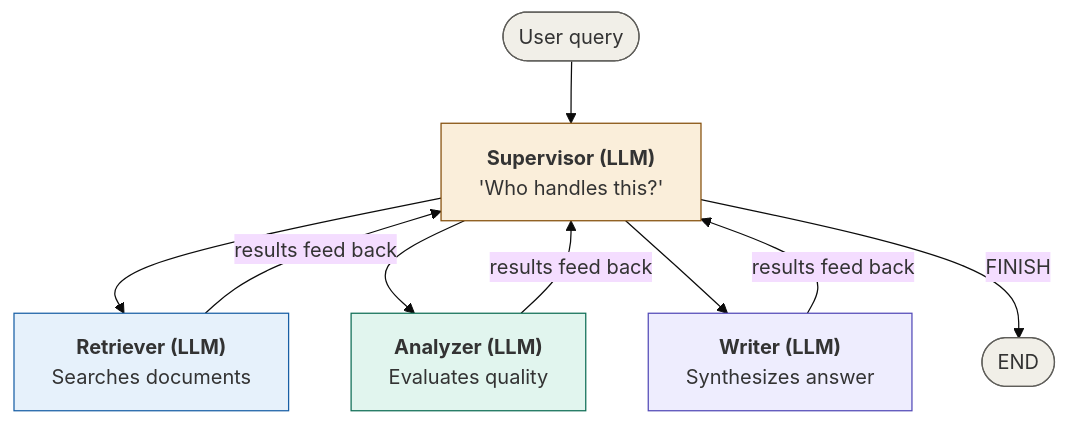
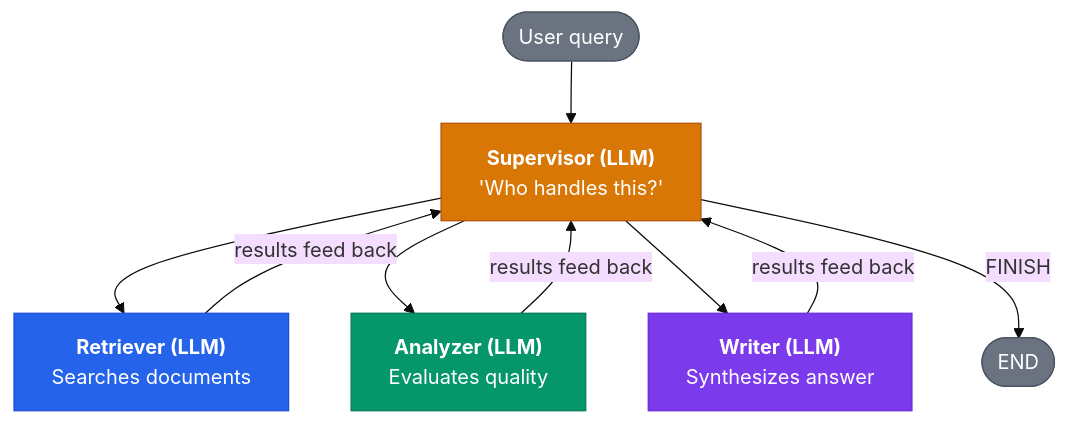
Before and after one commit to Kaden-G/LangGraph_3_Easy_Steps: the fourth of 6 diagrams in LangGraph_3_Easy_Steps.md, drawn with Mermaid (base theme). The commit also changed other lines of this file and 6 other files, not shown here.

````diff
--- a/LangGraph_3_Easy_Steps.md
+++ b/LangGraph_3_Easy_Steps.md
@@ -294,27 +294,27 @@
 ```mermaid
 flowchart TD
     query([User query]) --> sup
 
     sup["`**Supervisor (LLM)**
     'Who handles this?'`"]
     
     sup --> ret["`**Retriever (LLM)**
     Searches documents`"]
     sup --> ana["`**Analyzer (LLM)**
     Evaluates quality`"]
     sup --> wri["`**Writer (LLM)**
     Synthesizes answer`"]
     
     ret -->|"results feed back"| sup
     ana -->|"results feed back"| sup
     wri -->|"results feed back"| sup
     
     sup -->|"FINISH"| done([END])
 
-    style query fill:#f1efe8,stroke:#5f5e5a
-    style done fill:#f1efe8,stroke:#5f5e5a
-    style sup fill:#faeeda,stroke:#854f0b
-    style ret fill:#e6f1fb,stroke:#185fa5
-    style ana fill:#e1f5ee,stroke:#0f6e56
-    style wri fill:#eeedfe,stroke:#534ab7
+    style query fill:#6B7280,stroke:#4B5563,color:#FFFFFF
+    style done fill:#6B7280,stroke:#4B5563,color:#FFFFFF
+    style sup fill:#D97706,stroke:#B45309,color:#FFFFFF
+    style ret fill:#2563EB,stroke:#1D4ED8,color:#FFFFFF
+    style ana fill:#059669,stroke:#047857,color:#FFFFFF
+    style wri fill:#7C3AED,stroke:#6D28D9,color:#FFFFFF
 ```
````
